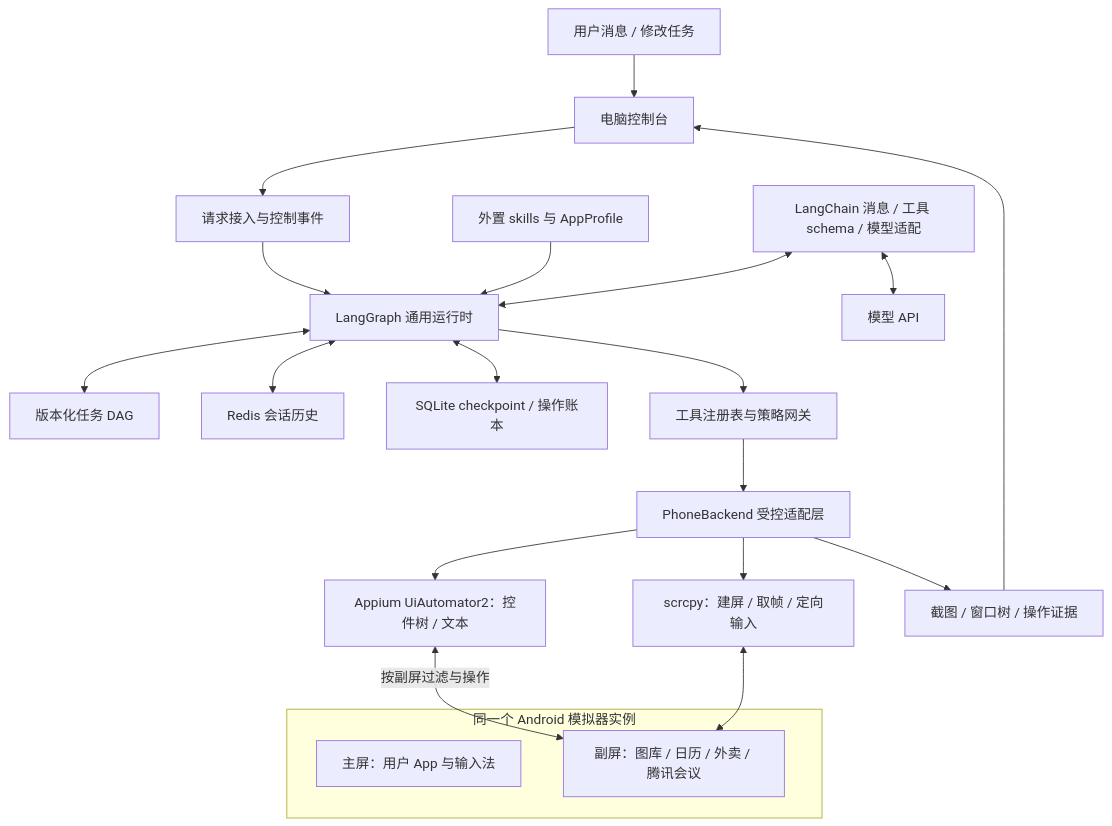
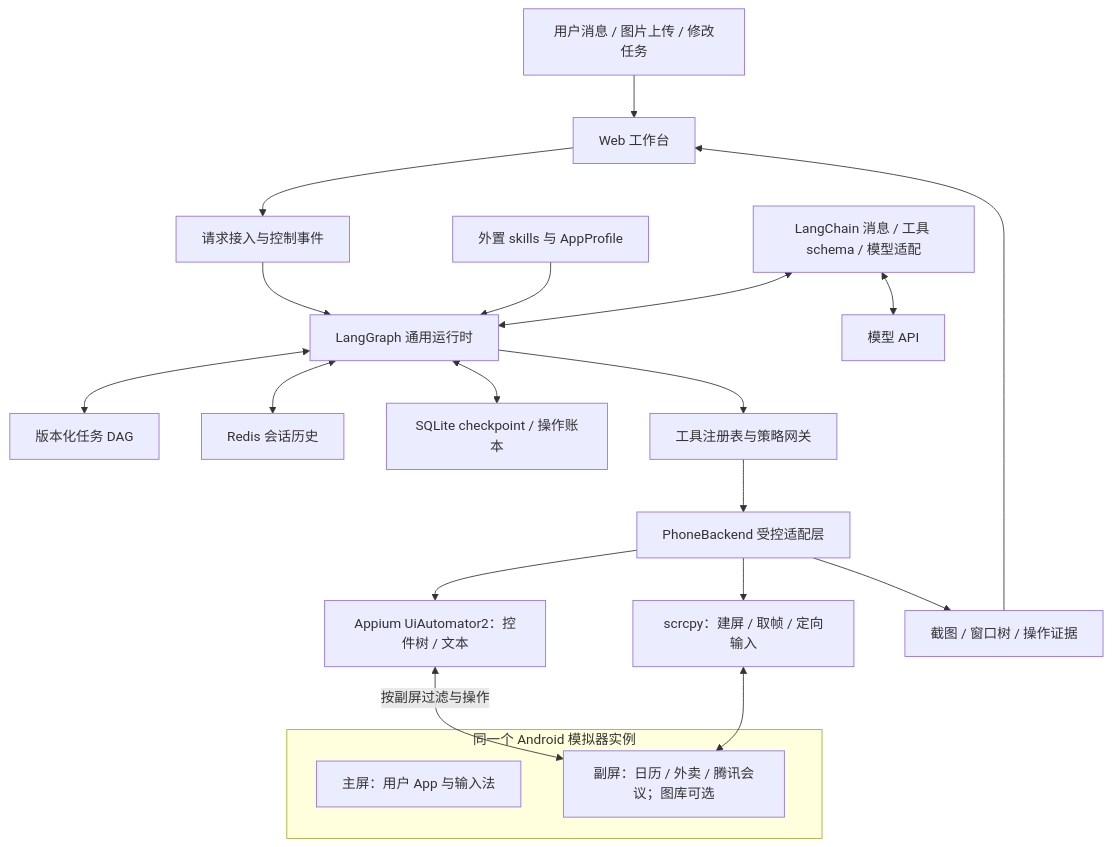
One commit to Youkinaa/wellphone changed the first of 4 diagrams in docs/superpowers/specs/2026-09-21-wellphone-design.md. Above: the diagram before and after it, drawn with Mermaid. The commit also changed other lines of this file and 7 other files, not shown here.

````diff
--- a/docs/superpowers/specs/2026-09-21-wellphone-design.md
+++ b/docs/superpowers/specs/2026-09-21-wellphone-design.md
@@ -29,24 +31,24 @@
 ```mermaid
 flowchart TB
-    U[用户消息 / 修改任务] --> UI[电脑控制台]
+    U[用户消息 / 图片上传 / 修改任务] --> UI[Web 工作台]
     UI --> IN[请求接入与控制事件]
     IN --> LG[LangGraph 通用运行时]
     LG <--> DAG[版本化任务 DAG]
     SK[外置 skills 与 AppProfile] --> LG
     LC[LangChain 消息 / 工具 schema / 模型适配] <--> LG
     LC <--> MODEL[模型 API]
     LG <--> HISTORY[Redis 会话历史]
     LG <--> STATE[SQLite checkpoint / 操作账本]
     LG --> GW[工具注册表与策略网关]
     GW --> BR[PhoneBackend 受控适配层]
     BR --> AP[Appium UiAutomator2：控件树 / 文本]
     BR --> SC[scrcpy：建屏 / 取帧 / 定向输入]
     subgraph AVD[同一个 Android 模拟器实例]
         MAIN[主屏：用户 App 与输入法]
-        VD[副屏：图库 / 日历 / 外卖 / 腾讯会议]
+        VD[副屏：日历 / 外卖 / 腾讯会议；图库可选]
     end
     AP <-->|按副屏过滤与操作| VD
     SC <--> VD
     BR --> ART[截图 / 窗口树 / 操作证据]
     ART --> UI
 ```
````
